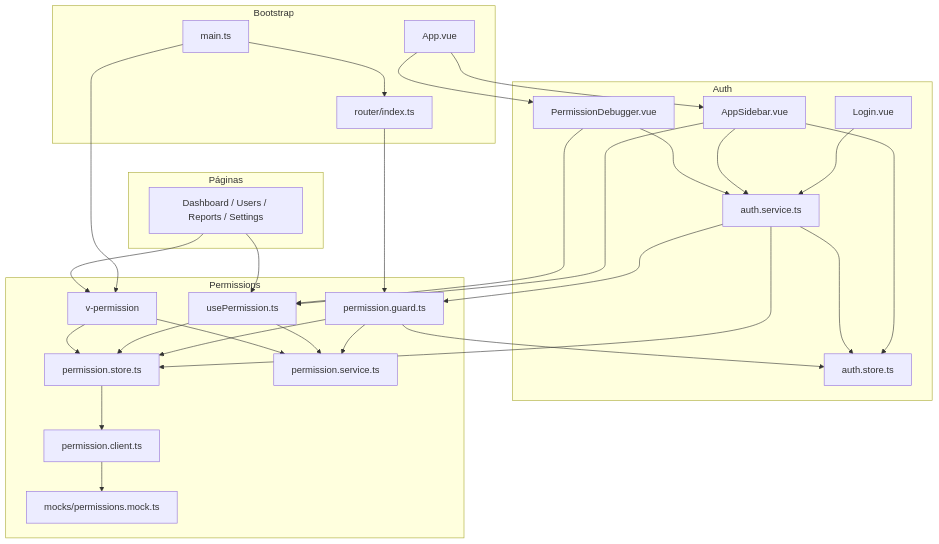
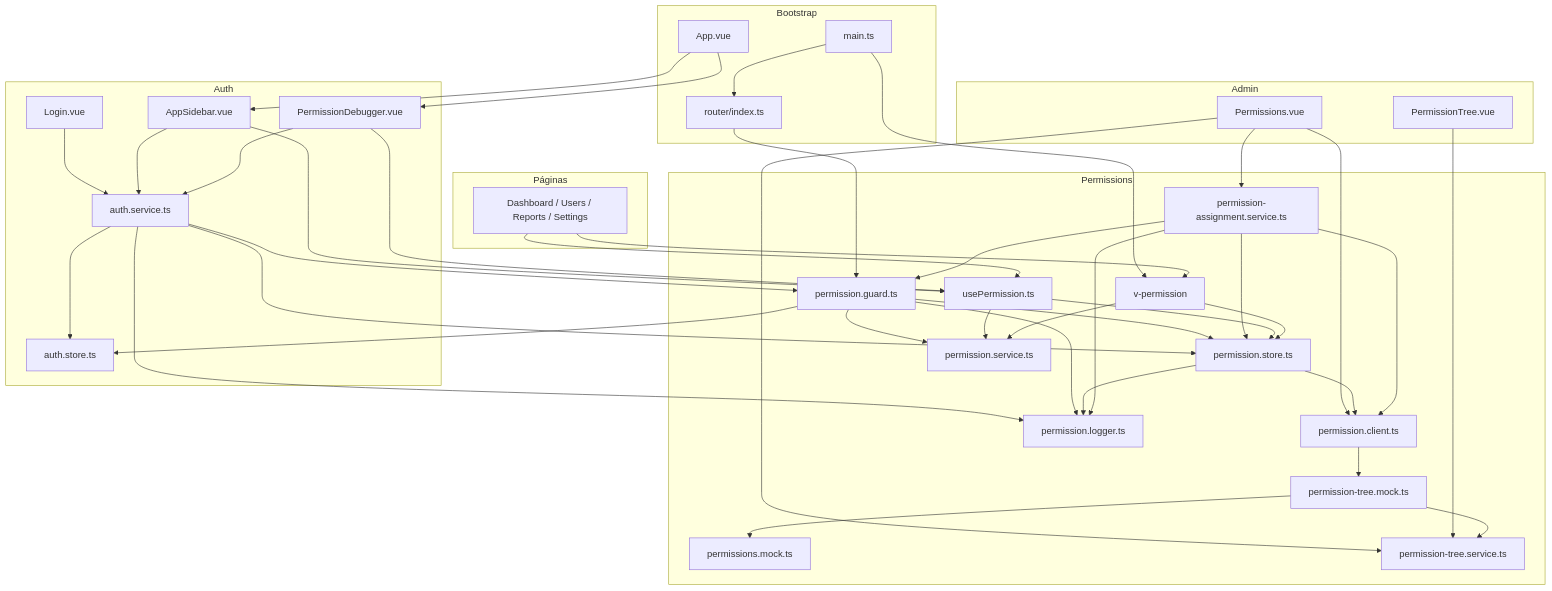
Before and after one commit to danieloliveira-ip4y/pbac-poc: the first of 2 diagrams in docs/ARQUITETURA.md, drawn with Mermaid. The commit also changed other lines of this file and 6 other files, not shown here.

```diff
--- a/docs/ARQUITETURA.md
+++ b/docs/ARQUITETURA.md
@@ -83,12 +108,21 @@
 
   subgraph permissions [Permissions]
     Client["permission.client.ts"]
-    Mocks["mocks/permissions.mock.ts"]
+    TreeMock["permission-tree.mock.ts"]
+    KeysMock["permissions.mock.ts"]
     PermStore["permission.store.ts"]
     Guard["permission.guard.ts"]
     Service["permission.service.ts"]
+    TreeSvc["permission-tree.service.ts"]
+    AssignSvc["permission-assignment.service.ts"]
     Hook["usePermission.ts"]
     Directive["v-permission"]
+    Logger["permission.logger.ts"]
+  end
+
+  subgraph admin [Admin]
+    PermPage["Permissions.vue"]
+    TreeUI["PermissionTree.vue"]
   end
 
   subgraph ui [Páginas]
@@ -103,23 +137,36 @@
 
   LoginPage --> AuthService
   Sidebar --> AuthService
-  Sidebar --> AuthStore
   Sidebar --> Hook
   Debugger --> AuthService
   Debugger --> Hook
   Pages --> Directive
   Pages --> Hook
+  PermPage --> AssignSvc
+  PermPage --> TreeSvc
+  PermPage --> Client
+  TreeUI --> TreeSvc
 
   AuthService --> AuthStore
   AuthService --> PermStore
   AuthService --> Guard
+  AuthService --> Logger
 
   Guard --> AuthStore
   Guard --> PermStore
   Guard --> Service
+  Guard --> Logger
 
   PermStore --> Client
-  Client --> Mocks
+  PermStore --> Logger
+  Client --> TreeMock
+  TreeMock --> KeysMock
+  TreeMock --> TreeSvc
+
+  AssignSvc --> Client
+  AssignSvc --> PermStore
+  AssignSvc --> Guard
+  AssignSvc --> Logger
 
   Hook --> PermStore
   Hook --> Service
```
